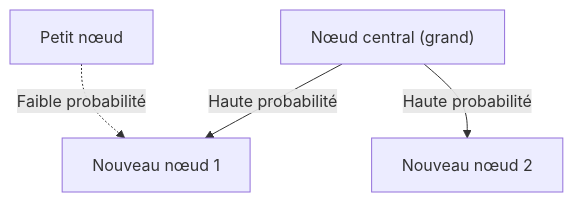
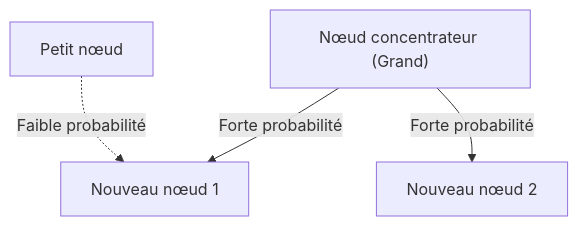
Before and after one commit to kenjinote/blog: the diagram in content/post/zipfs-law/index.fr.md, drawn with Mermaid. The commit also changed other lines of this file and 97 other files, not shown here.

````diff
--- a/content/post/zipfs-law/index.fr.md
+++ b/content/post/zipfs-law/index.fr.md
@@ -115,6 +115,6 @@
 ```mermaid
 graph TD
-  A["Nœud central (grand)"] -->|"Haute probabilité"| B["Nouveau nœud 1"]
-  A -->|"Haute probabilité"| C["Nouveau nœud 2"]
+  A["Nœud concentrateur (Grand)"] -->|"Forte probabilité"| B["Nouveau nœud 1"]
+  A -->|"Forte probabilité"| C["Nouveau nœud 2"]
   D["Petit nœud"] -.->|"Faible probabilité"| B
 ```
````
